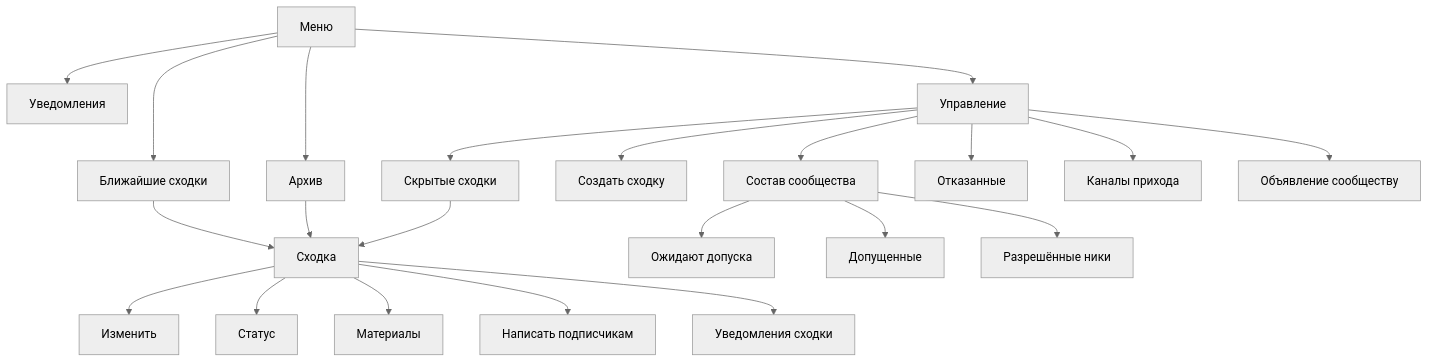
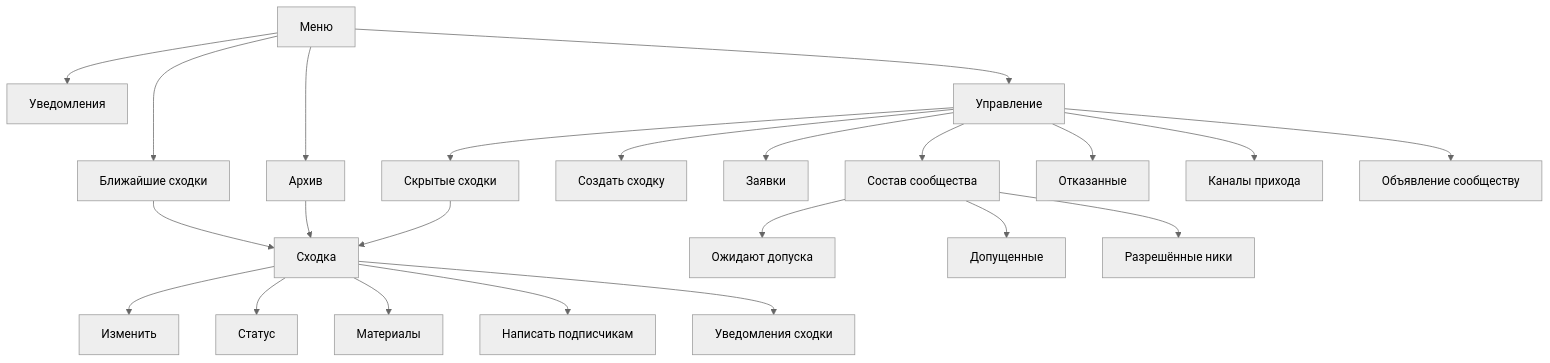
Before and after one commit to Solguficky/solguficky-hub: the first of 2 diagrams in docs/design/bot/design-code.md, drawn with Mermaid (neutral theme). The commit also changed other lines of this file and 15 other files, not shown here.

````diff
--- a/docs/design/bot/design-code.md
+++ b/docs/design/bot/design-code.md
@@ -37,29 +37,30 @@
 ```mermaid
 flowchart TD
     menu[Меню]
     menu --> upcoming[Ближайшие сходки]
     menu --> archive[Архив]
     menu --> notify[Уведомления]
     menu --> manage[Управление]
 
     upcoming --> card[Сходка]
     archive --> card
     hidden --> card
 
     card --> edit[Изменить]
     card --> status[Статус]
     card --> materials[Материалы]
     card --> broadcast[Написать подписчикам]
     card --> notifyMeetup[Уведомления сходки]
 
     manage --> create[Создать сходку]
     manage --> hidden[Скрытые сходки]
+    manage --> applications[Заявки]
     manage --> community[Состав сообщества]
     manage --> refused[Отказанные]
     manage --> channels[Каналы прихода]
     manage --> announce[Объявление сообществу]
 
     community --> pending[Ожидают допуска]
     community --> members[Допущенные]
     community --> nicks[Разрешённые ники]
 ```
````
